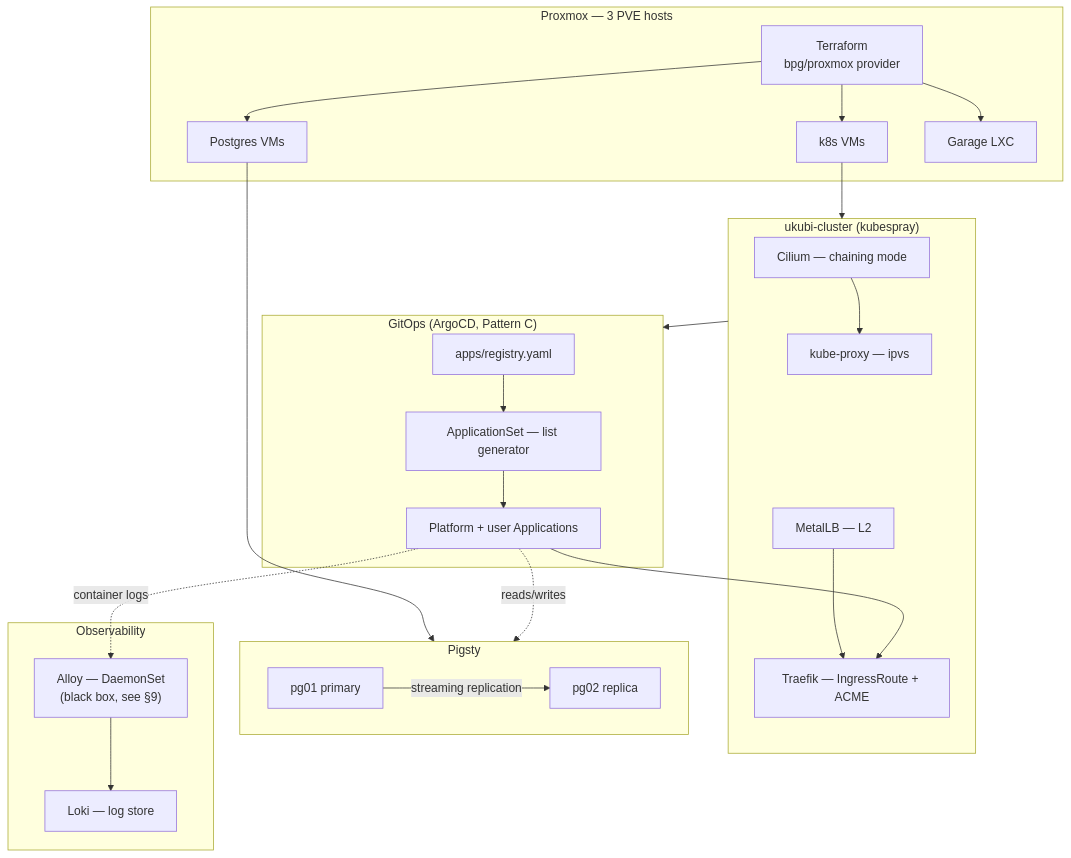
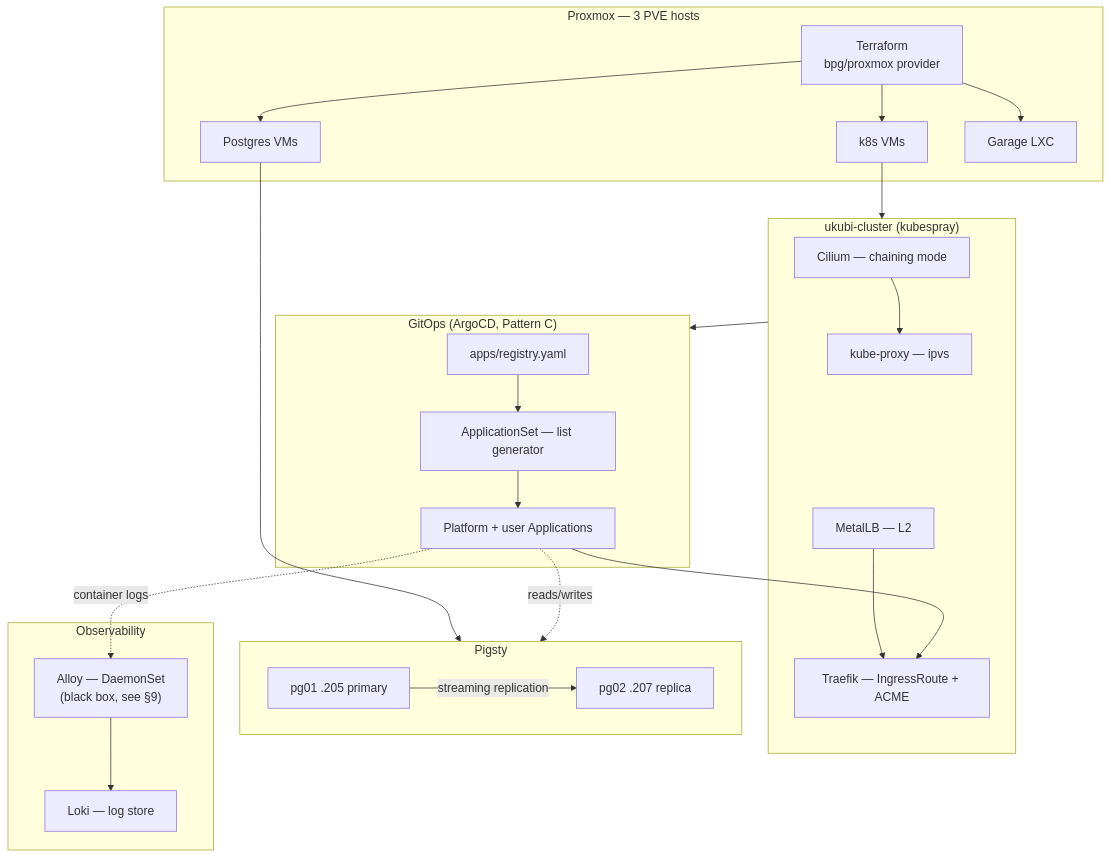
The first of 7 diagrams in ARCHITECTURE.md (MohammadBnei/infra-bootstrap), drawn with Mermaid before and after one commit. The commit also changed other lines of this file and 2 other files, not shown here.

First line of the commit message:
docs(pg): roles flipped — pg01/.205 is Leader, pg02/.207 Replica

````diff
--- a/ARCHITECTURE.md
+++ b/ARCHITECTURE.md
@@ -15,47 +15,47 @@
 ```mermaid
 graph TD
     subgraph Proxmox["Proxmox — 3 PVE hosts"]
         TF[Terraform<br/>bpg/proxmox provider]
         VM1[k8s VMs]
         VM2[Postgres VMs]
         VM3[Garage LXC]
         TF --> VM1
         TF --> VM2
         TF --> VM3
     end
 
     subgraph K8s["ukubi-cluster (kubespray)"]
         Cilium[Cilium — chaining mode]
         KP[kube-proxy — ipvs]
         MetalLB[MetalLB — L2]
         Traefik[Traefik — IngressRoute + ACME]
         Cilium --> KP
         MetalLB --> Traefik
     end
 
     subgraph GitOps["GitOps (ArgoCD, Pattern C)"]
         Registry[apps/registry.yaml]
         AppSet[ApplicationSet — list generator]
         Apps[Platform + user Applications]
         Registry --> AppSet --> Apps
     end
 
     subgraph Pigsty["Pigsty"]
-        PG1[pg01 primary]
-        PG2[pg02 replica]
+        PG1[pg01 .205 primary]
+        PG2[pg02 .207 replica]
         PG1 -- streaming replication --> PG2
     end
 
     subgraph Obs["Observability"]
         Alloy["Alloy — DaemonSet<br/>(black box, see §9)"]
         Loki[Loki — log store]
         Alloy --> Loki
     end
 
     VM1 --> K8s
     Apps --> Traefik
     K8s --> GitOps
     VM2 --> Pigsty
     Apps -. reads/writes .-> Pigsty
     Apps -. container logs .-> Alloy
 ```
````
